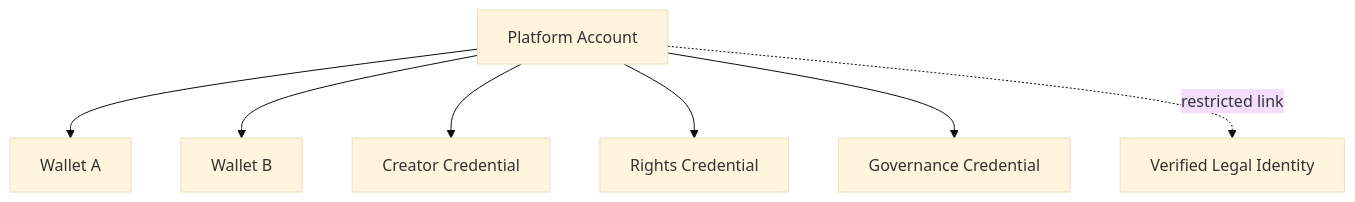
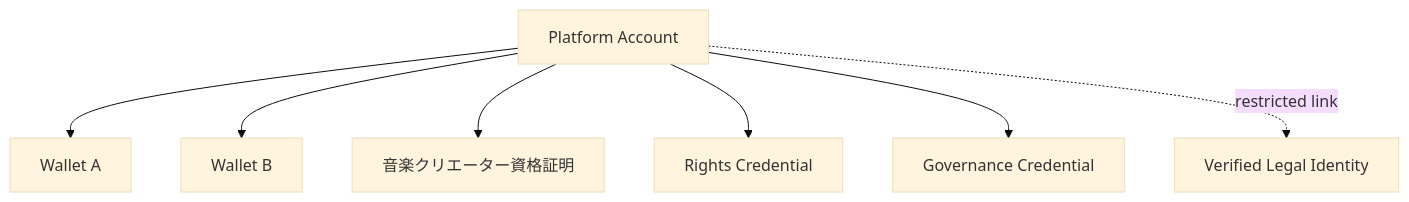
The first of 4 diagrams in docs/adr/ADR-0008-account-wallet-identity-strategy.md (ShigeichiroYamasaki/creator-first-platform), drawn with Mermaid (base theme) before and after one commit. The commit also changed other lines of this file and 67 other files, not shown here.

````diff
--- a/docs/adr/ADR-0008-account-wallet-identity-strategy.md
+++ b/docs/adr/ADR-0008-account-wallet-identity-strategy.md
@@ -73,17 +73,17 @@
 ```mermaid
 flowchart TD
     ACCOUNT[Platform Account]
     WALLET1[Wallet A]
     WALLET2[Wallet B]
-    CREATOR[Creator Credential]
+    CREATOR[音楽クリエーター資格証明]
     RIGHTS[Rights Credential]
     GOV[Governance Credential]
     LEGAL[Verified Legal Identity]
 
     ACCOUNT --> WALLET1
     ACCOUNT --> WALLET2
     ACCOUNT --> CREATOR
     ACCOUNT --> RIGHTS
     ACCOUNT --> GOV
     ACCOUNT -. restricted link .-> LEGAL
 ```
````
